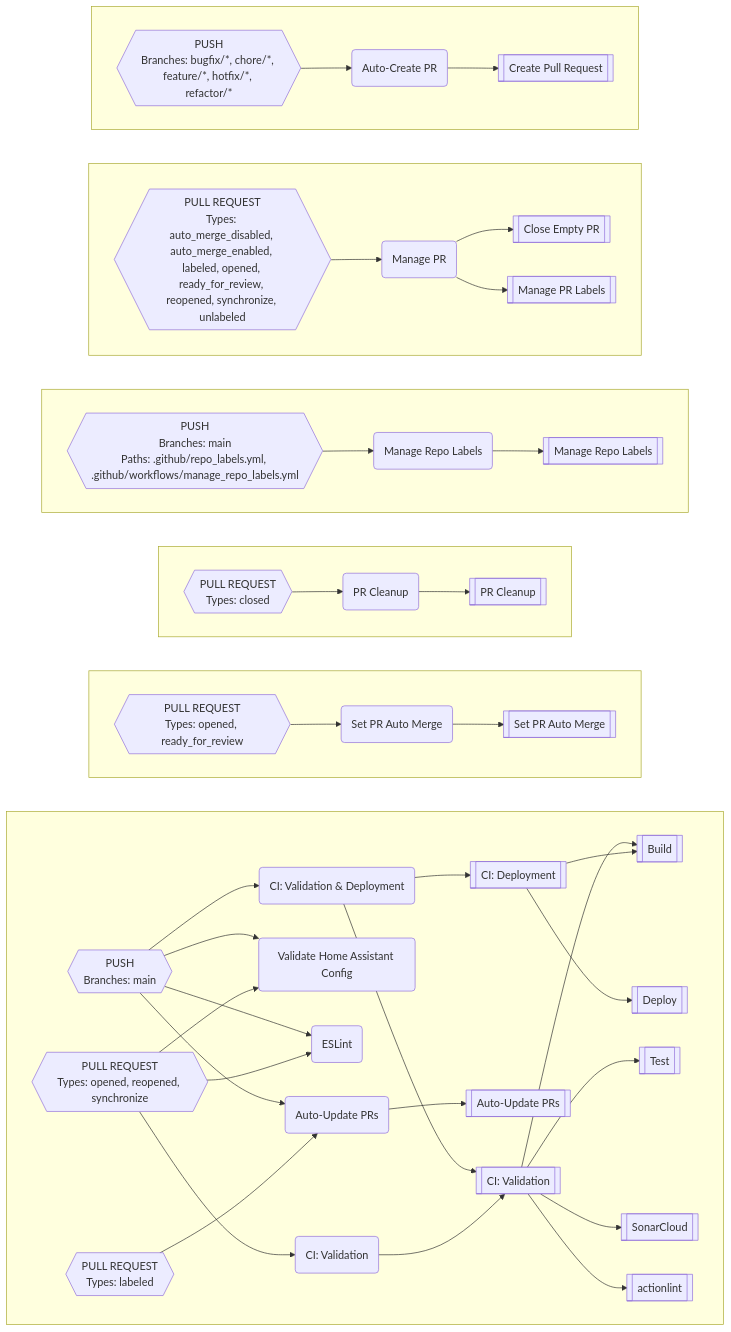
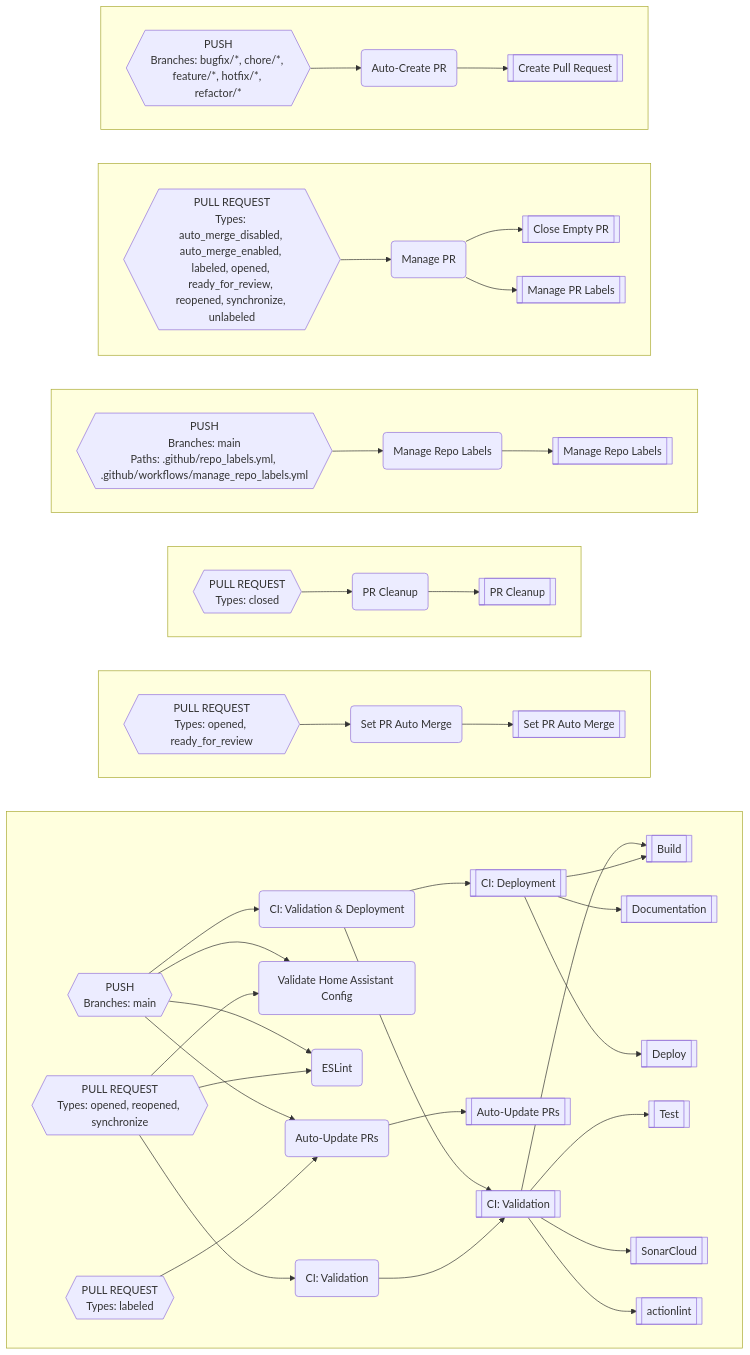
Before and after one commit to worgarside/github-config-files: the diagram in README.md, drawn with Mermaid. The commit also changed 7 other files, not shown here.

````diff
--- a/README.md
+++ b/README.md
@@ -359,99 +359,101 @@
 ```mermaid
 flowchart LR
-subgraph CW[" "]
+subgraph DB[" "]
 direction LR
-CS-->P
-CU-->CS
-CU-->CI
-CU-->CE
-BU-->BT
-BT-->AR
-CP-->CO
-CP-->CI
-CP-->CE
-CP-->BT
-CO-->P
-CO-->I
+CX-->Q
+CZ-->CX
+CZ-->CN
+CZ-->CJ
+BZ-->BY
+BY-->AW
+CU-->CT
+CU-->CN
+CU-->CJ
+CU-->BY
+CT-->Q
+CT-->I
 I-->E
-I-->AE
-P-->E
-P-->BE
-P-->BB
-P-->A
+I-->AL
+I-->AF
+Q-->E
+Q-->BJ
+Q-->BG
+Q-->A
 end
-subgraph CX[" "]
+subgraph DC[" "]
 direction LR
-CB-->CA
-CA-->AY
+CG-->CF
+CF-->BD
 end
-subgraph CY[" "]
+subgraph DD[" "]
 direction LR
-BY-->BX
-BX-->AU
+CD-->CC
+CC-->AZ
 end
-subgraph CZ[" "]
+subgraph DE[" "]
+direction LR
+BV-->BU
+BU-->AT
+end
+subgraph DF[" "]
 direction LR
 BQ-->BP
-BP-->AO
+BP-->X
+BP-->AP
 end
-subgraph DA[" "]
+subgraph DG[" "]
 direction LR
-BL-->BK
-BK-->W
-BK-->AK
+BN-->BM
+BM-->AB
 end
-subgraph DB[" "]
-direction LR
-BI-->BH
-BH-->AA
-end
-AA[["Create Pull Request"]]
-AE[["Deploy"]]
-AK[["Manage PR Labels"]]
-AO[["Manage Repo Labels"]]
-AR[["Auto-Update PRs"]]
-AU[["PR Cleanup"]]
-AY[["Set PR Auto Merge"]]
+AB[["Create Pull Request"]]
+AF[["Deploy"]]
+AL[["Documentation"]]
+AP[["Manage PR Labels"]]
+AT[["Manage Repo Labels"]]
+AW[["Auto-Update PRs"]]
+AZ[["PR Cleanup"]]
 A[["actionlint"]]
-BB[["SonarCloud"]]
-BE[["Test"]]
-BH("Auto-Create PR")
-BI{{"PUSH
+BD[["Set PR Auto Merge"]]
+BG[["SonarCloud"]]
+BJ[["Test"]]
+BM("Auto-Create PR")
+BN{{"PUSH
 Branches: bugfix/*, chore/*, feature/*, hotfix/*, refactor/*
 "}}
-BK("Manage PR")
-BL{{"PULL REQUEST
+BP("Manage PR")
+BQ{{"PULL REQUEST
 Types: auto_merge_disabled, auto_merge_enabled, labeled, opened, ready_for_review, reopened, synchronize, unlabeled
 "}}
-BP("Manage Repo Labels")
-BQ{{"PUSH
+BU("Manage Repo Labels")
+BV{{"PUSH
 Branches: main
 Paths: .github/repo_labels.yml, .github/workflows/manage_repo_labels.yml
 "}}
-BT("Auto-Update PRs")
-BU{{"PULL REQUEST
+BY("Auto-Update PRs")
+BZ{{"PULL REQUEST
 Types: labeled
 "}}
-BX("PR Cleanup")
-BY{{"PULL REQUEST
+CC("PR Cleanup")
+CD{{"PULL REQUEST
 Types: closed
 "}}
-CA("Set PR Auto Merge")
-CB{{"PULL REQUEST
+CF("Set PR Auto Merge")
+CG{{"PULL REQUEST
 Types: opened, ready_for_review
 "}}
-CE("ESLint")
-CI("Validate Home Assistant Config")
-CO("CI: Validation & Deployment")
-CP{{"PUSH
+CJ("ESLint")
+CN("Validate Home Assistant Config")
+CT("CI: Validation & Deployment")
+CU{{"PUSH
 Branches: main
 "}}
-CS("CI: Validation")
-CU{{"PULL REQUEST
+CX("CI: Validation")
+CZ{{"PULL REQUEST
 Types: opened, reopened, synchronize
 "}}
 E[["Build"]]
 I[["CI: Deployment"]]
-P[["CI: Validation"]]
-W[["Close Empty PR"]]
+Q[["CI: Validation"]]
+X[["Close Empty PR"]]
 ```
````
